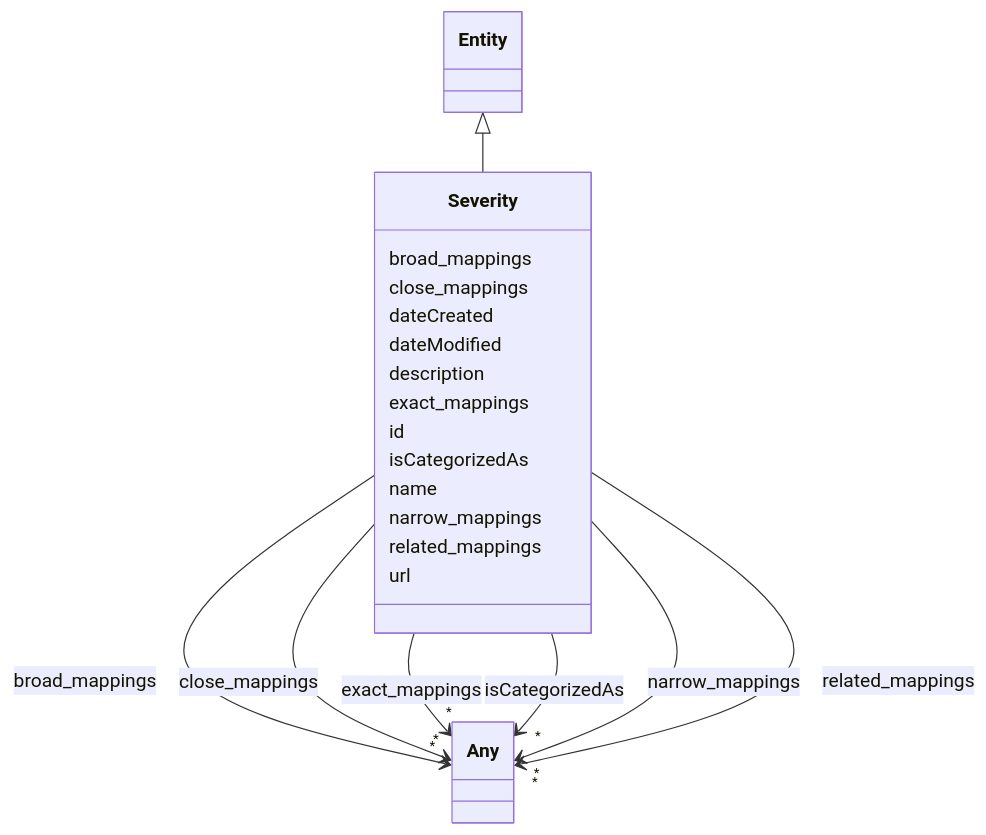
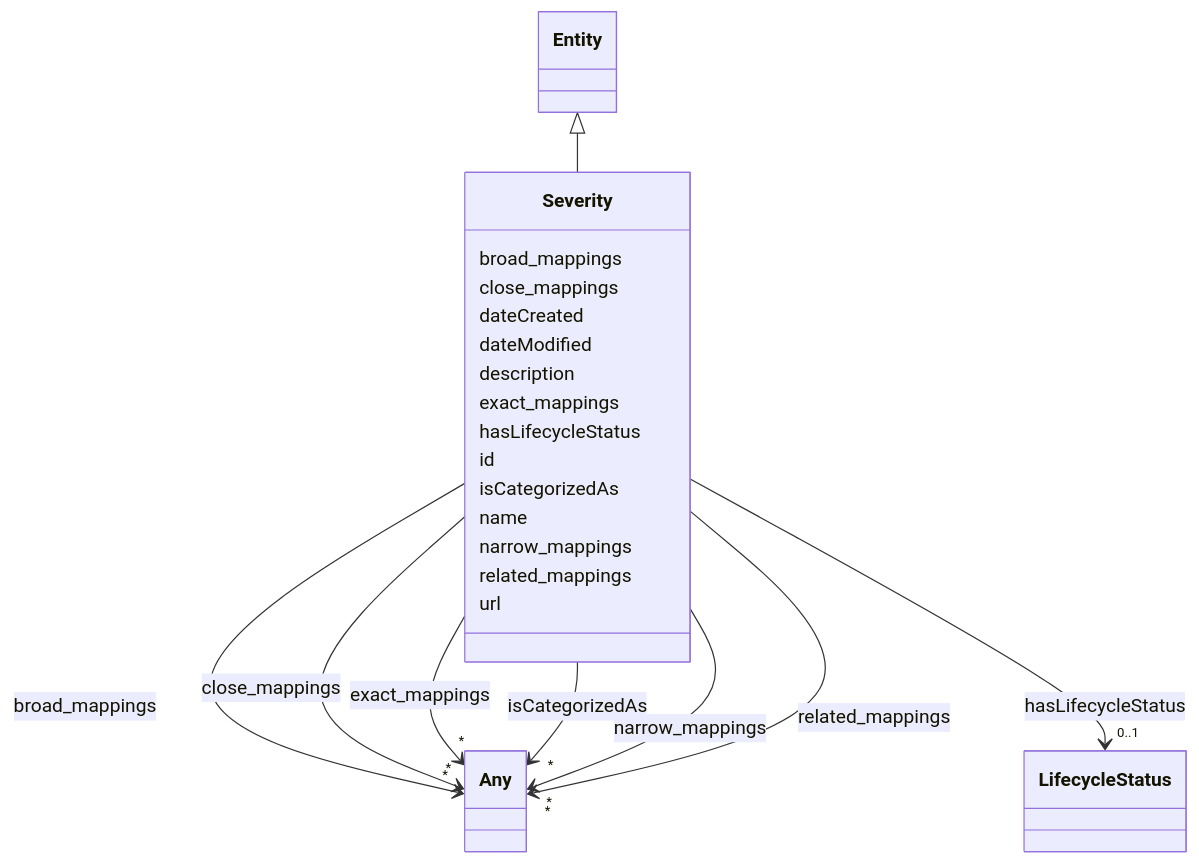
One commit to ingelise/risk-atlas-nexus changed the diagram in docs/ontology/Severity.md. Above: the diagram before and after it, drawn with Mermaid. The commit also changed other lines of this file and 206 other files, not shown here.

```diff
--- a/docs/ontology/Severity.md
+++ b/docs/ontology/Severity.md
@@ -55,6 +55,17 @@
 
 
 
+      Severity : hasLifecycleStatus
+
+
+
+
+
+        Severity --> "0..1" LifecycleStatus : hasLifecycleStatus
+        click LifecycleStatus href "../LifecycleStatus/"
+
+
+
       Severity : id
 
       Severity : isCategorizedAs
```
